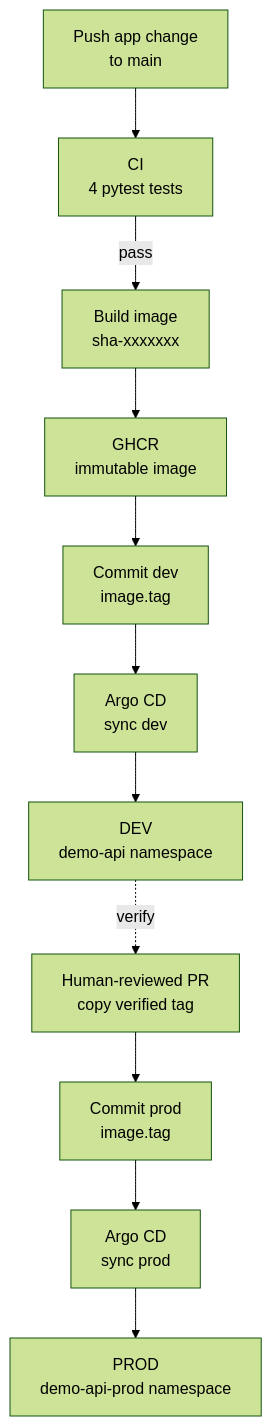
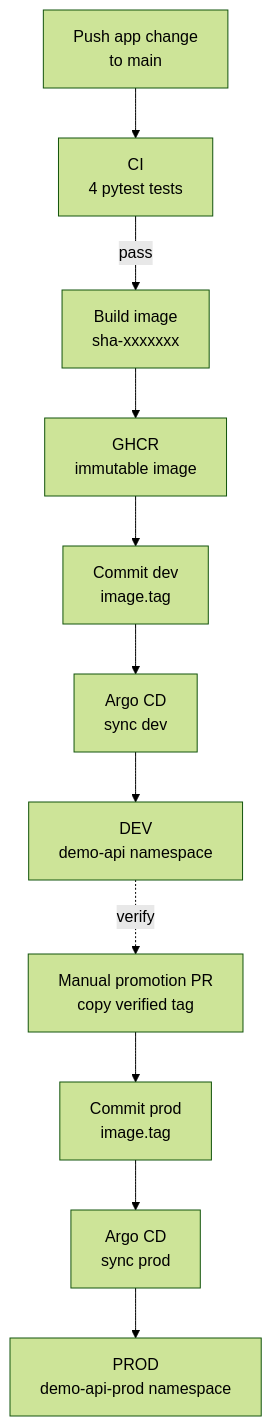
The diagram in docs/ARCHITECTURE.md (lotoos0/gitops-cloud-lab), drawn with Mermaid (forest theme) before and after one commit. The commit also changed other lines of this file and 3 other files, not shown here.

````diff
--- a/docs/ARCHITECTURE.md
+++ b/docs/ARCHITECTURE.md
@@ -13,25 +13,25 @@
 ```mermaid
 flowchart TB
     Push["Push app change<br/>to main"]
     Tests["CI<br/>4 pytest tests"]
     Build["Build image<br/>sha-xxxxxxx"]
     Registry["GHCR<br/>immutable image"]
     DevTag["Commit dev<br/>image.tag"]
     ArgoDev["Argo CD<br/>sync dev"]
     Dev["DEV<br/>demo-api namespace"]
-    Promotion["Human-reviewed PR<br/>copy verified tag"]
+    Promotion["Manual promotion PR<br/>copy verified tag"]
     ProdTag["Commit prod<br/>image.tag"]
     ArgoProd["Argo CD<br/>sync prod"]
     Prod["PROD<br/>demo-api-prod namespace"]
 
     Push --> Tests
     Tests -->|pass| Build
     Build --> Registry
     Registry --> DevTag
     DevTag --> ArgoDev
     ArgoDev --> Dev
     Dev -.->|verify| Promotion
     Promotion --> ProdTag
     ProdTag --> ArgoProd
     ArgoProd --> Prod
 ```
````
